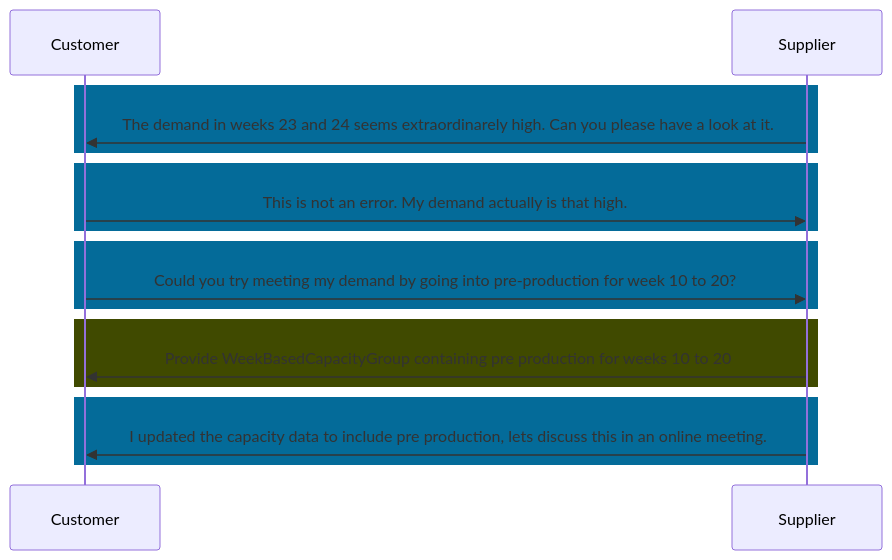
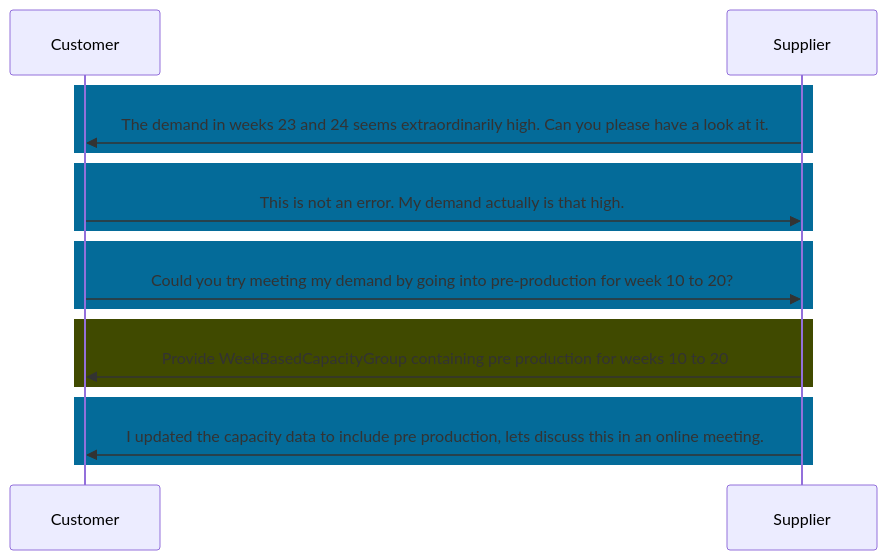
The diagram in docs-kits/kits/DCM-Kit/adoption-view/use-case/comments.md (eclipse-tractusx/eclipse-tractusx.github.io), drawn with Mermaid before and after one commit. The commit also changed 2 other files, not shown here.

Commit message:
Spelling

````diff
--- a/docs-kits/kits/DCM-Kit/adoption-view/use-case/comments.md
+++ b/docs-kits/kits/DCM-Kit/adoption-view/use-case/comments.md
@@ -21,21 +21,21 @@
 ```mermaid
 
 sequenceDiagram
 Participant c as Customer
 Participant s as Supplier
 rect rgb(4,107,153)
-s->>c: The demand in weeks 23 and 24 seems extraordinarely high. Can you please have a look at it. 
+s->>c: The demand in weeks 23 and 24 seems extraordinarily high. Can you please have a look at it. 
 end
 rect rgb(4,107,153) 
 c->>s: This is not an error. My demand actually is that high.
 end
 rect rgb(4,107,153) 
 c->>s: Could you try meeting my demand by going into pre-production for week 10 to 20? 
 end
 rect rgb(64,74,0) 
 s->>c: Provide WeekBasedCapacityGroup containing pre production for weeks 10 to 20 
 end
 rect rgb(4,107,153) 
 s->>c: I updated the capacity data to include pre production, lets discuss this in an online meeting. 
 end
 ```
````
